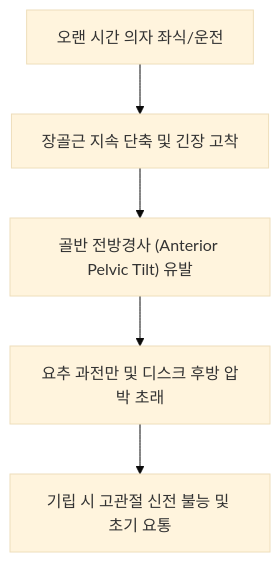
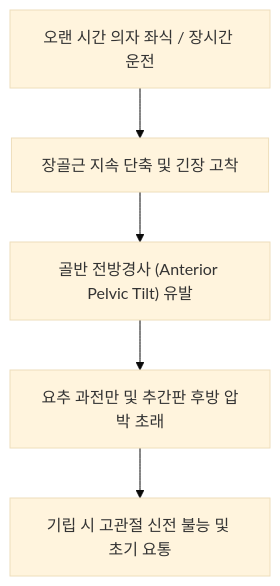
The second of 2 diagrams in content/1. 근골격계 공부/근육/(9) 요부/장골근.md (simbio11/simbio-digital-garden2), drawn with Mermaid (base theme) before and after one commit. The commit also changed other lines of this file and 149 other files, not shown here.

````diff
--- a/content/1. 근골격계 공부/근육/(9) 요부/장골근.md
+++ b/content/1. 근골격계 공부/근육/(9) 요부/장골근.md
@@ -47,7 +50,7 @@
 ```mermaid
 graph TD
-    SittingProlonged["오랜 시간 의자 좌식/운전"] --> IliacusTight["장골근 지속 단축 및 긴장 고착"]
+    SittingProlonged["오랜 시간 의자 좌식 / 장시간 운전"] --> IliacusTight["장골근 지속 단축 및 긴장 고착"]
     IliacusTight --> PelvisAnterior["골반 전방경사 (Anterior Pelvic Tilt) 유발"]
-    PelvisAnterior --> LumbarLordosis["요추 과전만 및 디스크 후방 압박 초래"]
+    PelvisAnterior --> LumbarLordosis["요추 과전만 및 추간판 후방 압박 초래"]
     LumbarLordosis --> StandingDiff["기립 시 고관절 신전 불능 및 초기 요통"]
 ```
````
